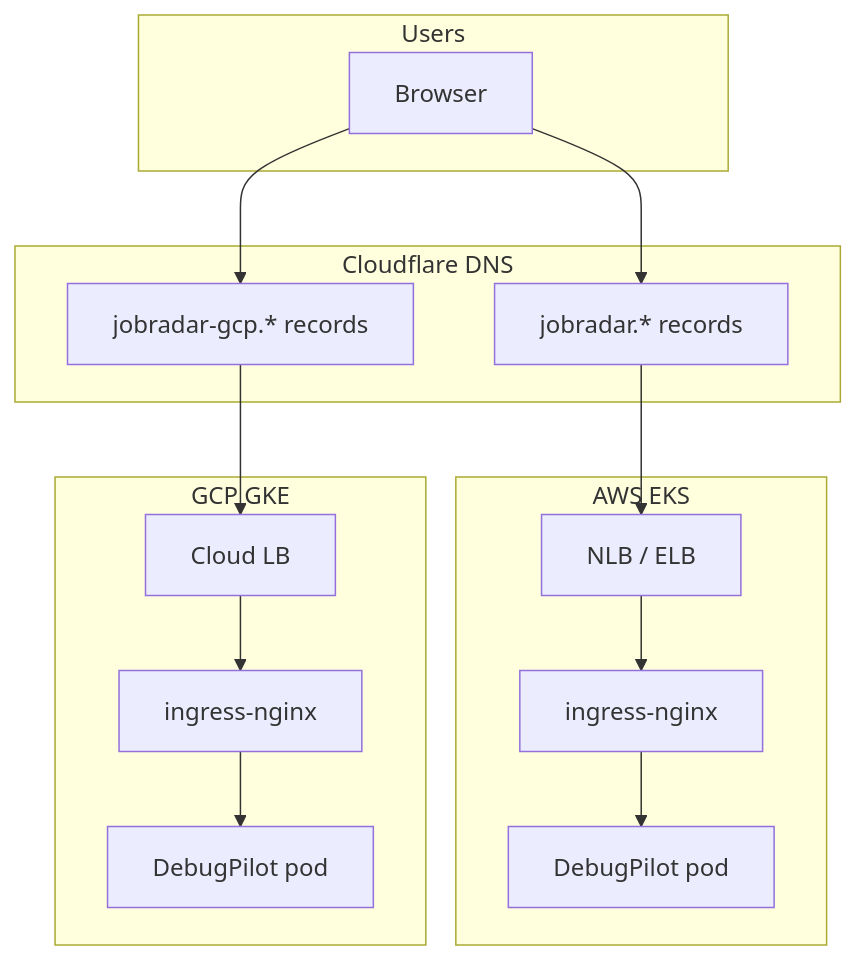
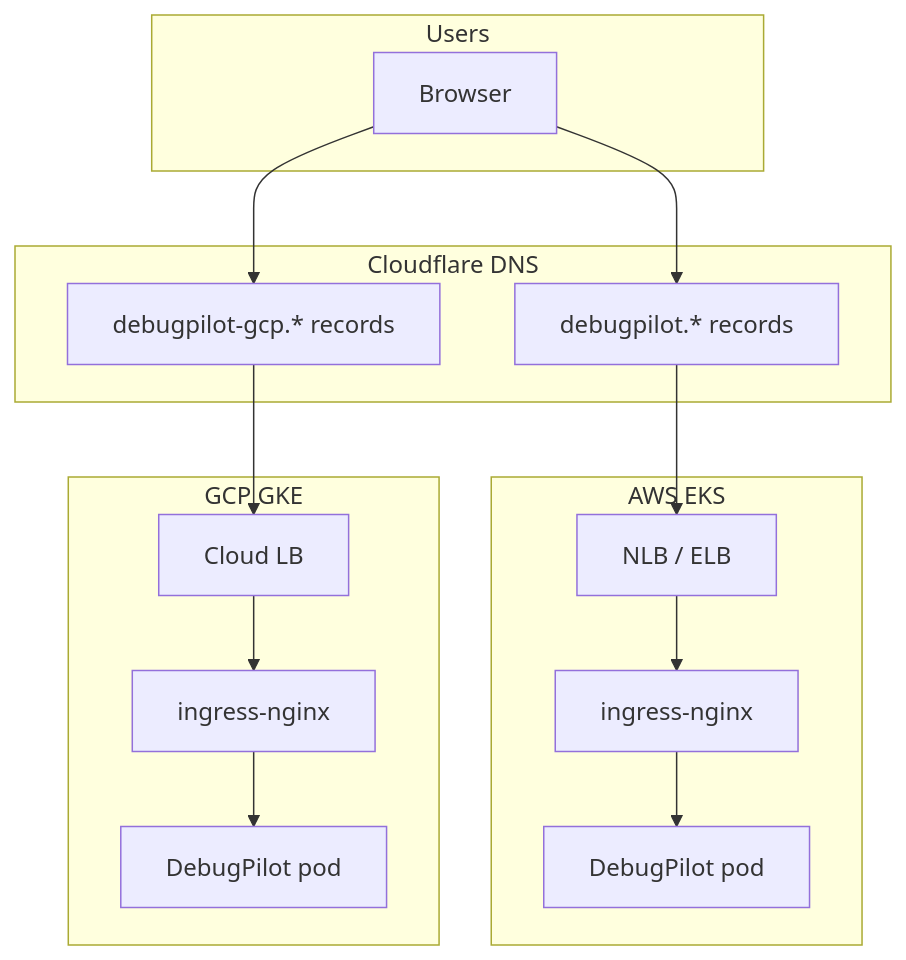
One commit to manavmalavia18/DebugPilot changed the second of 2 diagrams in README.md. Above: the diagram before and after it, drawn with Mermaid. The commit also changed other lines of this file and 36 other files, not shown here.

First line of the commit message:
release: rename jobradar to debugpilot across repo.

````diff
--- a/README.md
+++ b/README.md
@@ -194,22 +200,22 @@
 ```mermaid
 flowchart TB
   subgraph users [Users]
     U[Browser]
   end
   subgraph dns [Cloudflare DNS]
-    AWSrec[jobradar.* records]
-    GCPrec[jobradar-gcp.* records]
+    AWSrec[debugpilot.* records]
+    GCPrec[debugpilot-gcp.* records]
   end
   subgraph aws [AWS EKS]
     AWSlb[NLB / ELB]
     AWSing[ingress-nginx]
     AWSpod[DebugPilot pod]
   end
   subgraph gcp [GCP GKE]
     GCPlb[Cloud LB]
     GCPing[ingress-nginx]
     GCPpod[DebugPilot pod]
   end
   U --> AWSrec --> AWSlb --> AWSing --> AWSpod
   U --> GCPrec --> GCPlb --> GCPing --> GCPpod
 ```
````
